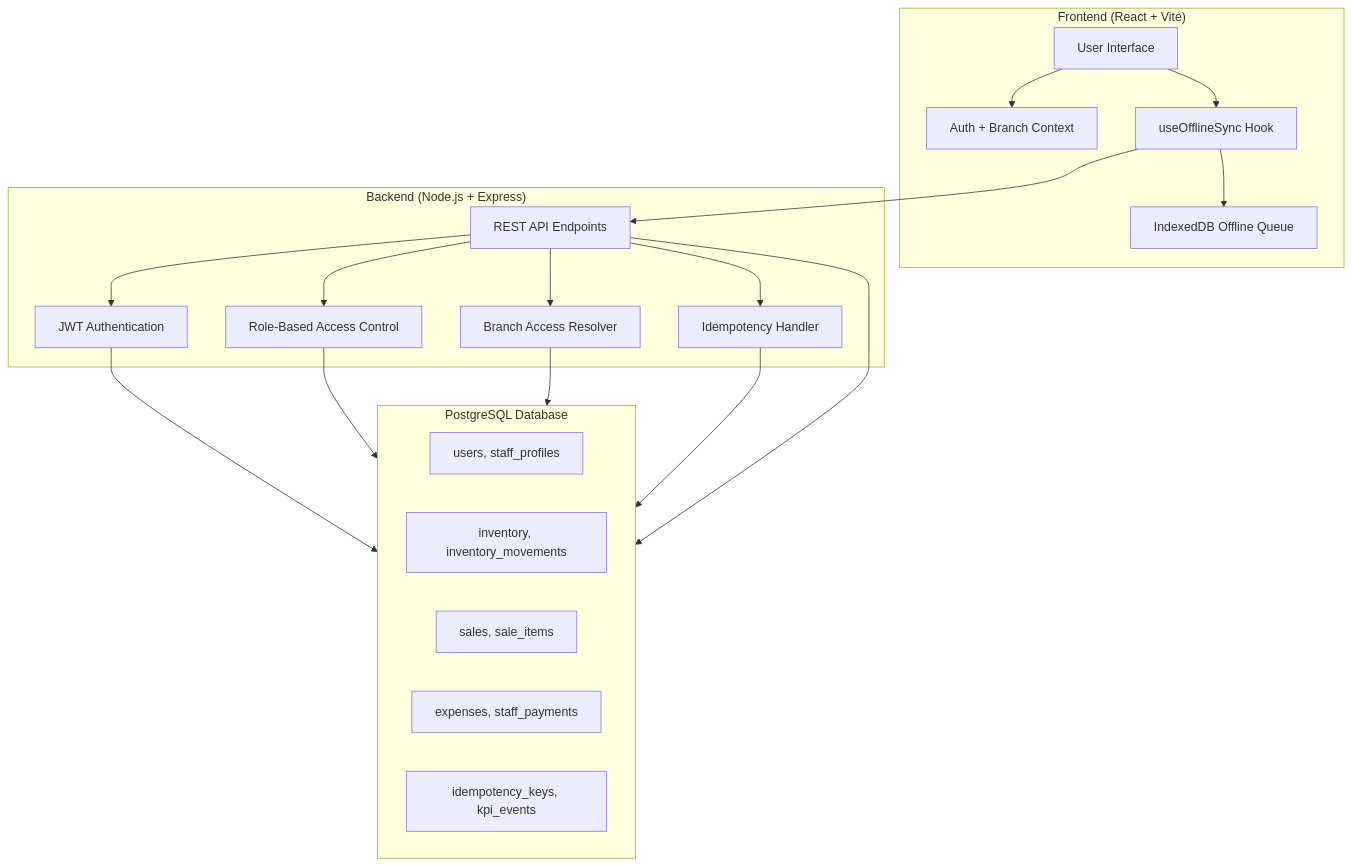
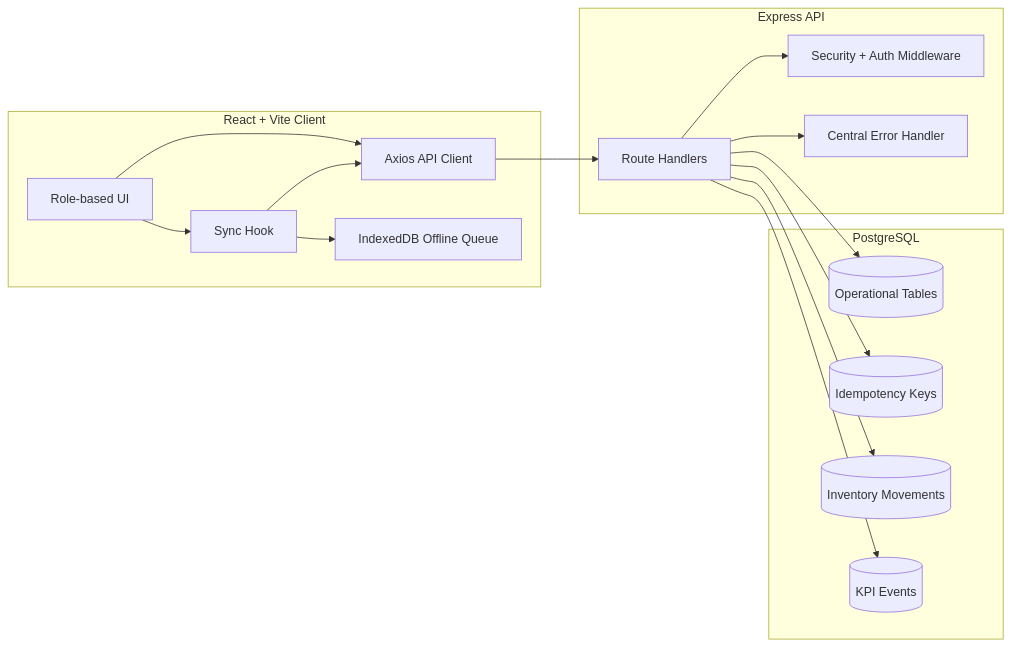
The first of 2 diagrams in README.md (Asout3/bakery-ops-app), drawn with Mermaid before and after one commit. The commit also changed other lines of this file and 7 other files, not shown here.

Commit message:
Harden production runtime and improve offline sync resilience

````diff
--- a/README.md
+++ b/README.md
@@ -21,41 +17,35 @@
 ```mermaid
-flowchart TB
-    subgraph Client["Frontend (React + Vite)"]
-        UI[User Interface]
-        OfflineQueue[IndexedDB Offline Queue]
-        Context[Auth + Branch Context]
-        SyncHook[useOfflineSync Hook]
+flowchart LR
+    subgraph Client[React + Vite Client]
+      UI[Role-based UI]
+      AX[Axios API Client]
+      OQ[IndexedDB Offline Queue]
+      SY[Sync Hook]
     end
-    
-    subgraph Server["Backend (Node.js + Express)"]
-        API[REST API Endpoints]
-        Auth[JWT Authentication]
-        RBAC[Role-Based Access Control]
-        BranchResolver[Branch Access Resolver]
-        Idempotency[Idempotency Handler]
+
+    subgraph API[Express API]
+      MW[Security + Auth Middleware]
+      RT[Route Handlers]
+      EH[Central Error Handler]
     end
-    
-    subgraph Database["PostgreSQL Database"]
-        Users[users, staff_profiles]
-        Inventory[inventory, inventory_movements]
-        Sales[sales, sale_items]
-        Finance[expenses, staff_payments]
-        System[idempotency_keys, kpi_events]
+
+    subgraph Data[PostgreSQL]
+      S1[(Operational Tables)]
+      S2[(Idempotency Keys)]
+      S3[(Inventory Movements)]
+      S4[(KPI Events)]
     end
-    
-    UI --> Context
-    UI --> SyncHook
-    SyncHook --> OfflineQueue
-    SyncHook --> API
-    
-    API --> Auth
-    API --> RBAC
-    API --> BranchResolver
-    API --> Idempotency
-    
-    Auth --> Database
-    RBAC --> Database
-    BranchResolver --> Database
-    Idempotency --> Database
-    API --> Database
+
+    UI --> AX
+    AX --> RT
+    UI --> SY
+    SY --> OQ
+    SY --> AX
+
+    RT --> MW
+    RT --> EH
+    RT --> S1
+    RT --> S2
+    RT --> S3
+    RT --> S4
 ```
````
